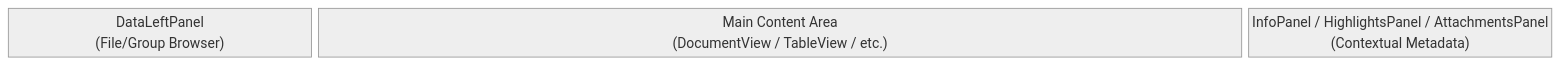
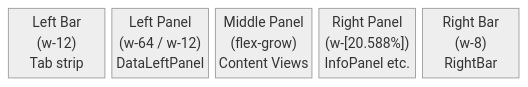
One commit to Ethnomethodology/harvey changed the first of 2 diagrams in src/lib/components/projectview/data/README.md. Above: the diagram before and after it, drawn with Mermaid (neutral theme). The commit also changed other lines of this file and 1 other file, not shown here.

First line of the commit message:
refactor(DataTopBar): restructure into 4-section layout mirroring main content panel

````diff
--- a/src/lib/components/projectview/data/README.md
+++ b/src/lib/components/projectview/data/README.md
@@ -6,5 +6,5 @@
 ```mermaid
 block-beta
   columns 5
-  LeftPanel["DataLeftPanel\n(File/Group Browser)"]:1 MainContent["Main Content Area\n(DocumentView / TableView / etc.)"]:3 RightContext["InfoPanel / HighlightsPanel / AttachmentsPanel\n(Contextual Metadata)"]:1
+  LeftBar["Left Bar\n(w-12)\nTab strip"]:1 LeftPanel["Left Panel\n(w-64 / w-12)\nDataLeftPanel"]:1 MainContent["Middle Panel\n(flex-grow)\nContent Views"]:1 RightPanel["Right Panel\n(w-[20.588%])\nInfoPanel etc."]:1 RightBar["Right Bar\n(w-8)\nRightBar"]:1
 ```
````
